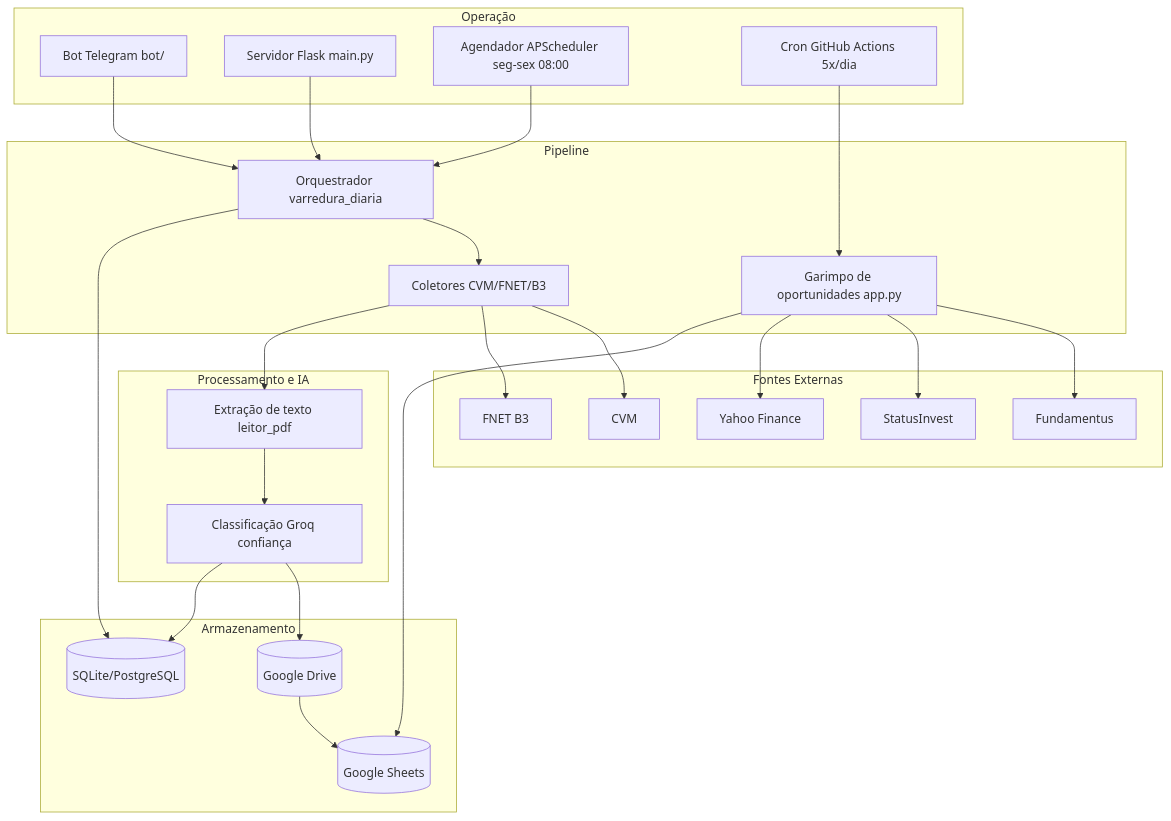
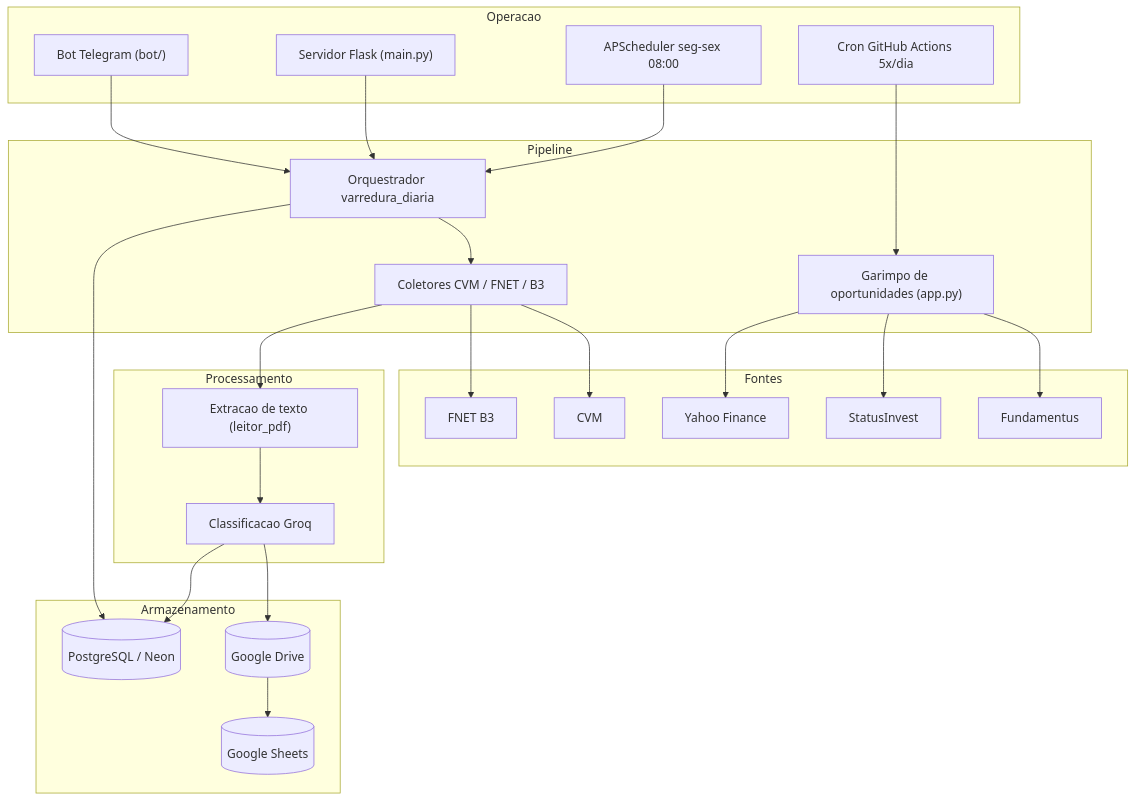
One commit to WandesonMarcone/robo-financeiro changed the diagram in README.md. Above: the diagram before and after it, drawn with Mermaid. The commit also changed other lines of this file and 8 other files, not shown here.

````diff
--- a/README.md
+++ b/README.md
@@ -43,93 +42,46 @@
 ```mermaid
-
 graph TD
-
-    subgraph "Operação"
-
-        BOT["Bot Telegram bot/"]
-
-        WEB["Servidor Flask main.py"]
-
-        SCH["Agendador APScheduler seg-sex 08:00"]
-
+    subgraph Operacao
+        BOT["Bot Telegram (bot/)"]
+        WEB["Servidor Flask (main.py)"]
+        SCH["APScheduler seg-sex 08:00"]
         ACT["Cron GitHub Actions 5x/dia"]
-
     end
-
-    subgraph "Pipeline"
-
+    subgraph Pipeline
         ORC["Orquestrador varredura_diaria"]
-
-        GAR["Garimpo de oportunidades app.py"]
-
-        COL["Coletores CVM/FNET/B3"]
-
+        GAR["Garimpo de oportunidades (app.py)"]
+        COL["Coletores CVM / FNET / B3"]
     end
-
-    subgraph "Fontes Externas"
-
+    subgraph Fontes
         CVM["CVM"]
-
         FNET["FNET B3"]
-
         FUND["Fundamentus"]
-
         SI["StatusInvest"]
-
         YF["Yahoo Finance"]
-
     end
-
-    subgraph "Processamento e IA"
-
-        PDF["Extração de texto leitor_pdf"]
-
-        IA["Classificação Groq confiança"]
-
+    subgraph Processamento
+        PDF["Extracao de texto (leitor_pdf)"]
+        IA["Classificacao Groq"]
     end
-
-    subgraph "Armazenamento"
-
-        DB[("SQLite/PostgreSQL")]
-
+    subgraph Armazenamento
+        DB[("PostgreSQL / Neon")]
         SHEET[("Google Sheets")]
-
         DRIVE[("Google Drive")]
-
     end
-
     BOT --> ORC
-
     WEB --> ORC
-
     SCH --> ORC
-
     ACT --> GAR
-
     ORC --> COL
-
     GAR --> FUND
-
     GAR --> SI
-
     GAR --> YF
-
     COL --> CVM
-
     COL --> FNET
-
     COL --> PDF
-
     PDF --> IA
-
     ORC --> DB
-
-    GAR --> SHEET
-
     IA --> DRIVE
-
     IA --> DB
-
     DRIVE --> SHEET
-
 ```
````
